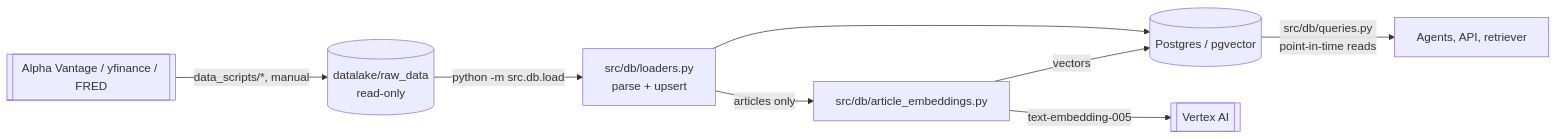
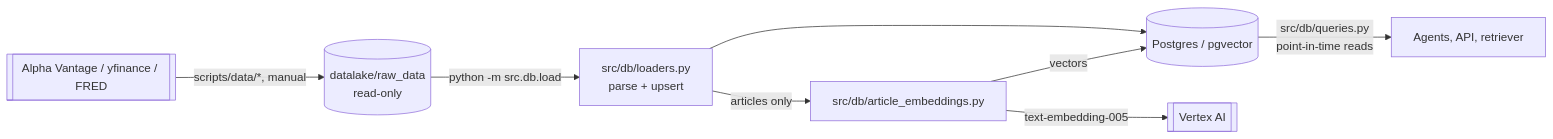
Before and after one commit to Financial-agentic-AI-system/System: the diagram in docs/database.md, drawn with Mermaid. The commit also changed 9 other files, not shown here.

Commit message:
Move data_scripts to scripts/data

````diff
--- a/docs/database.md
+++ b/docs/database.md
@@ -14,10 +14,10 @@
 ```mermaid
 flowchart LR
-    av[[Alpha Vantage / yfinance / FRED]] -->|data_scripts/*, manual| lake[(datalake/raw_data<br/>read-only)]
+    av[[Alpha Vantage / yfinance / FRED]] -->|scripts/data/*, manual| lake[(datalake/raw_data<br/>read-only)]
     lake -->|python -m src.db.load| loaders[src/db/loaders.py<br/>parse + upsert]
     loaders --> pg[(Postgres / pgvector)]
     loaders -->|articles only| emb[src/db/article_embeddings.py]
     emb -->|text-embedding-005| vertex[[Vertex AI]]
     emb -->|vectors| pg
     pg -->|src/db/queries.py<br/>point-in-time reads| agents[Agents, API, retriever]
 ```
````
